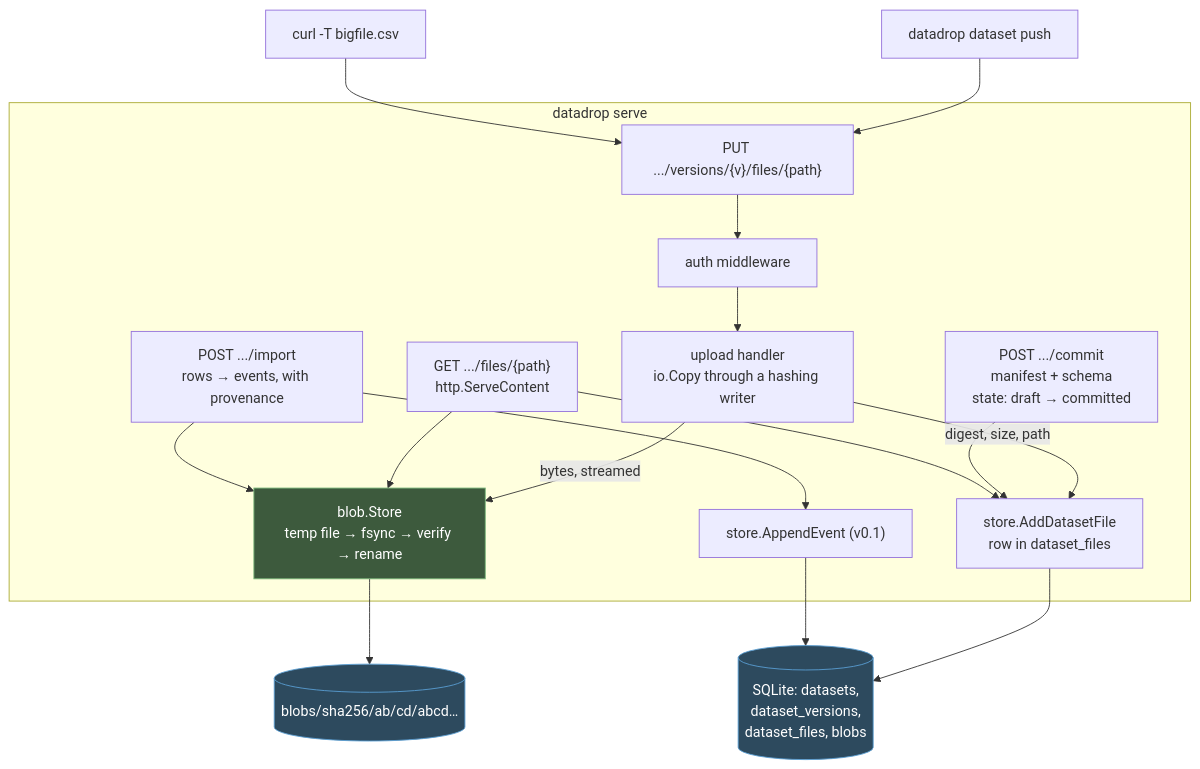
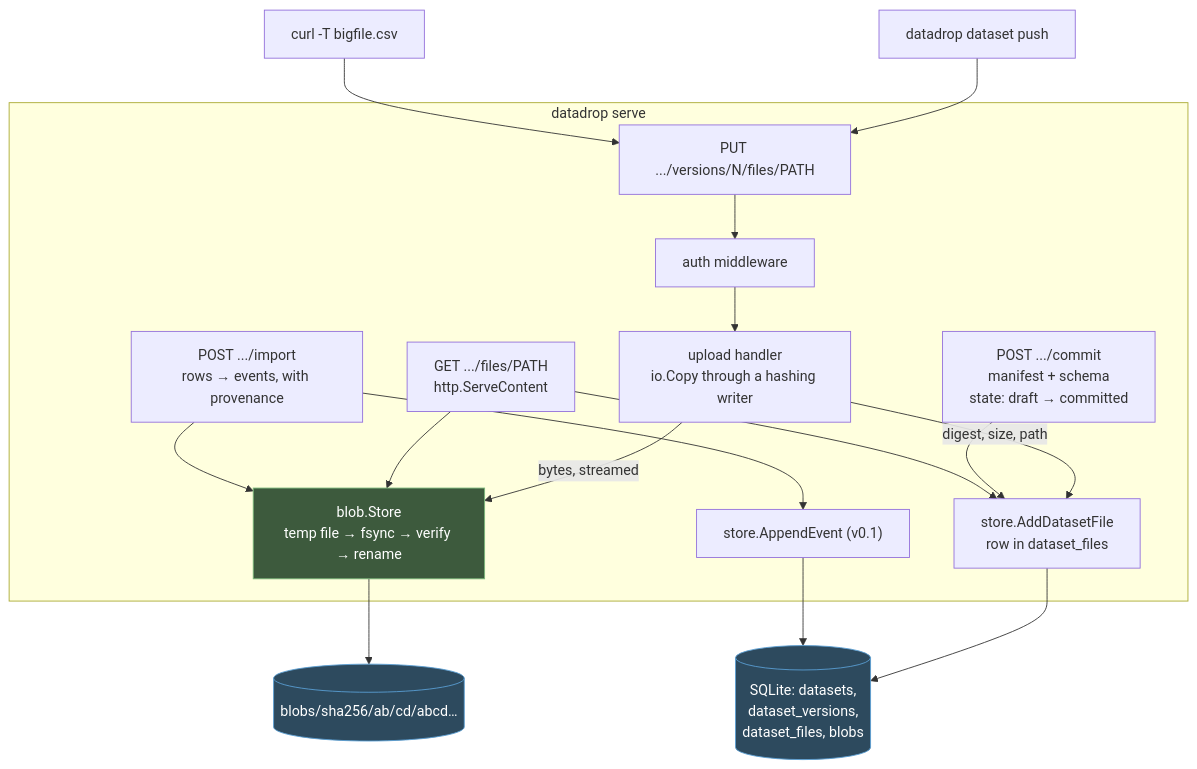
One commit to wesen/go-go-datadrop changed the first of 2 diagrams in ttmp/2026/07/24/DATADROP-2--dataset-upload-and-retrieval-bulk-datasets-with-manifests-and-schemas/design/01-intern-implementation-guide.md. Above: the diagram before and after it, drawn with Mermaid. The commit also changed other lines of this file, not shown here.

First line of the commit message:
docs(DATADROP-2): fix mermaid parse errors in the guide

````diff
--- a/ttmp/2026/07/24/DATADROP-2--dataset-upload-and-retrieval-bulk-datasets-with-manifests-and-schemas/design/01-intern-implementation-guide.md
+++ b/ttmp/2026/07/24/DATADROP-2--dataset-upload-and-retrieval-bulk-datasets-with-manifests-and-schemas/design/01-intern-implementation-guide.md
@@ -198,33 +198,33 @@
 ```mermaid
 flowchart TD
     CLI["datadrop dataset push"] --> HTTP
     CURL["curl -T bigfile.csv"] --> HTTP
 
     subgraph SERVER["datadrop serve"]
-        HTTP["PUT .../versions/{v}/files/{path}"] --> AUTH
+        HTTP["PUT .../versions/N/files/PATH"] --> AUTH
         AUTH["auth middleware"] --> UPLOAD
 
         UPLOAD["upload handler<br/>io.Copy through a hashing writer"]
         UPLOAD -->|"bytes, streamed"| BLOB
         UPLOAD -->|"digest, size, path"| META
 
         BLOB["blob.Store<br/>temp file → fsync → verify → rename"]
         META["store.AddDatasetFile<br/>row in dataset_files"]
 
         COMMIT["POST .../commit<br/>manifest + schema<br/>state: draft → committed"] --> META
 
-        DOWNLOAD["GET .../files/{path}<br/>http.ServeContent"] --> BLOB
+        DOWNLOAD["GET .../files/PATH<br/>http.ServeContent"] --> BLOB
         DOWNLOAD --> META
 
         IMPORT["POST .../import<br/>rows → events, with provenance"] --> BLOB
         IMPORT --> EVENTS["store.AppendEvent (v0.1)"]
     end
 
     BLOB --> FS[("blobs/sha256/ab/cd/abcd…")]
     META --> DB[("SQLite: datasets,<br/>dataset_versions,<br/>dataset_files, blobs")]
     EVENTS --> DB
 
     style FS fill:#2d4a5e,stroke:#5a9fd4,color:#fff
     style DB fill:#2d4a5e,stroke:#5a9fd4,color:#fff
     style BLOB fill:#3d5a3d,stroke:#7ab87a,color:#fff
 ```
````
